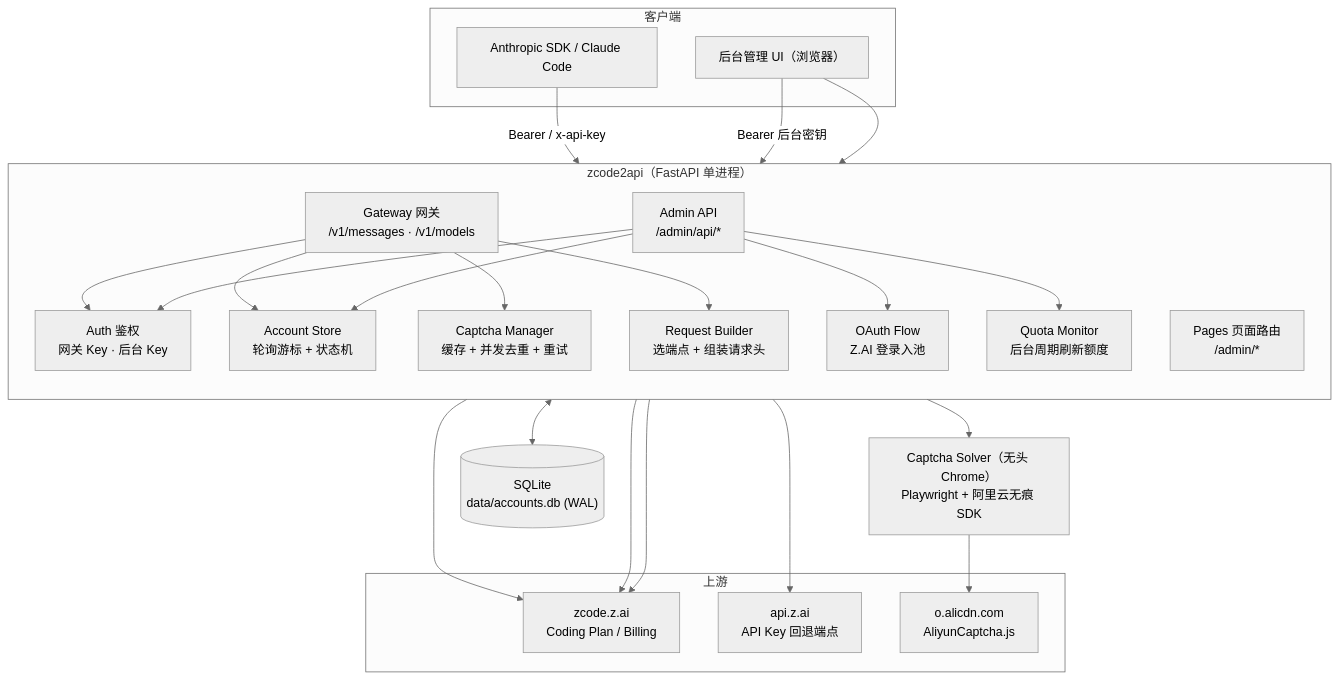
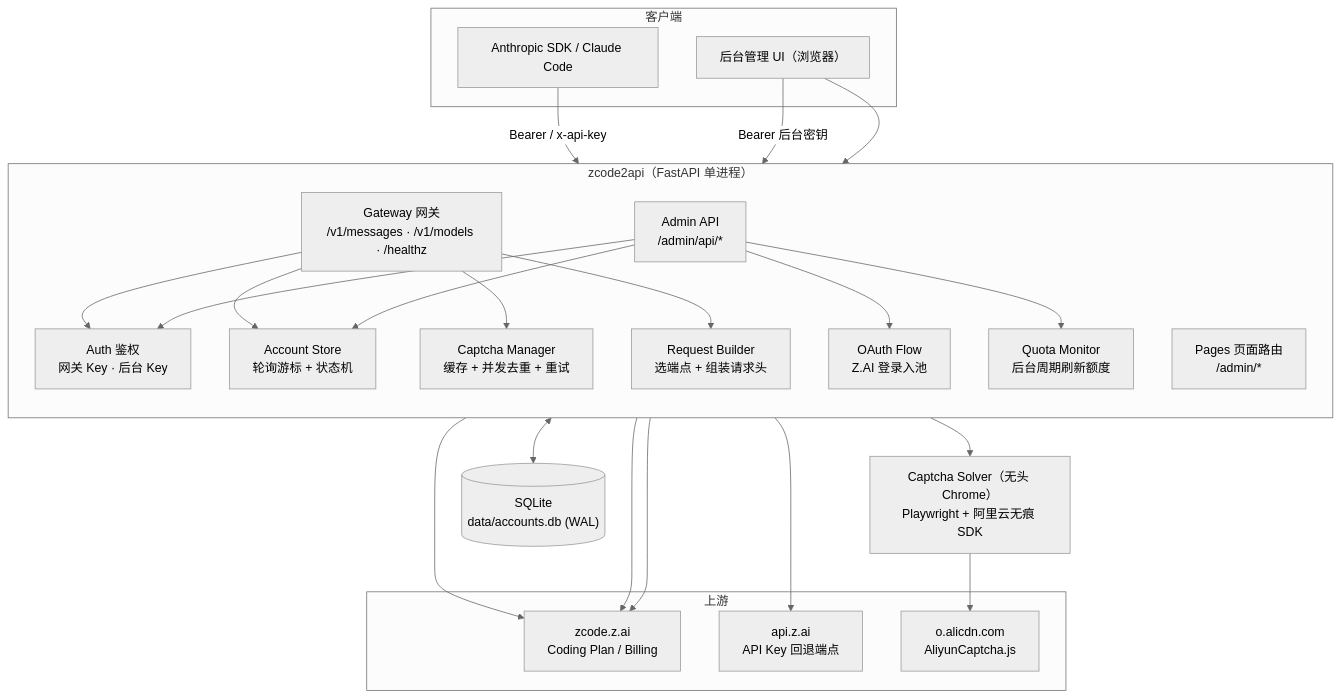
Before and after one commit to linlong5201314/zcode2api: the first of 4 diagrams in docs/ARCHITECTURE.md, drawn with Mermaid (neutral theme). The commit also changed other lines of this file and 32 other files, not shown here.

````diff
--- a/docs/ARCHITECTURE.md
+++ b/docs/ARCHITECTURE.md
@@ -26,52 +26,52 @@
 ```mermaid
 graph TD
     subgraph Clients["客户端"]
         SDK["Anthropic SDK / Claude Code"]
         UI["后台管理 UI（浏览器）"]
     end
 
     subgraph App["zcode2api（FastAPI 单进程）"]
         direction TB
-        GW["Gateway 网关<br/>/v1/messages · /v1/models"]
+        GW["Gateway 网关<br/>/v1/messages · /v1/models · /healthz"]
         ADMIN["Admin API<br/>/admin/api/*"]
         PAGES["Pages 页面路由<br/>/admin/*"]
         AUTH["Auth 鉴权<br/>网关 Key · 后台 Key"]
         AGENT["Request Builder<br/>选端点 + 组装请求头"]
         STORE["Account Store<br/>轮询游标 + 状态机"]
         QUOTA["Quota Monitor<br/>后台周期刷新额度"]
         CAPTCHA["Captcha Manager<br/>缓存 + 并发去重 + 重试"]
         OAUTH["OAuth Flow<br/>Z.AI 登录入池"]
     end
 
     SOLVER["Captcha Solver（无头 Chrome）<br/>Playwright + 阿里云无痕 SDK"]
     DB[("SQLite<br/>data/accounts.db (WAL)")]
 
     subgraph Upstream["上游"]
         ZAI["zcode.z.ai<br/>Coding Plan / Billing"]
         ZAIAPI["api.z.ai<br/>API Key 回退端点"]
         ALIYUN["o.alicdn.com<br/>AliyunCaptcha.js"]
     end
 
     SDK -->|"Bearer / x-api-key"| GW
     UI -->|"Bearer 后台密钥"| ADMIN
     UI --> PAGES
 
     GW --> AUTH
     ADMIN --> AUTH
     GW --> STORE
     GW --> CAPTCHA
     GW --> AGENT
     AGENT --> ZAI
     AGENT --> ZAIAPI
 
     CAPTCHA --> SOLVER
     SOLVER --> ALIYUN
 
     ADMIN --> STORE
     ADMIN --> OAUTH
     ADMIN --> QUOTA
     QUOTA --> ZAI
     OAUTH --> ZAI
 
     STORE <--> DB
 ```
````
